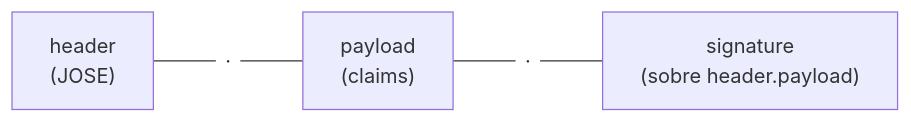
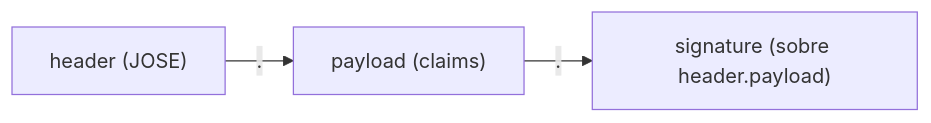
One commit to cesarschutz/cesarschutz.github.io changed the diagram in src/contents/posts/jwt-estrutura-e-campos.md. Above: the diagram before and after it, drawn with Mermaid. The commit also changed 10 other files, not shown here.

First line of the commit message:
Blinda diagramas Mermaid: remove <br> e nós invisíveis dos rótulos

````diff
--- a/src/contents/posts/jwt-estrutura-e-campos.md
+++ b/src/contents/posts/jwt-estrutura-e-campos.md
@@ -13,6 +13,4 @@
 ```mermaid
 flowchart LR
-  H["header<br>(JOSE)"] --- D1(("·")) --- P["payload<br>(claims)"] --- D2(("·")) --- S["signature<br>(sobre header.payload)"]
-  style D1 fill:none,stroke:none
-  style D2 fill:none,stroke:none
+  H["header (JOSE)"] -->|"."| P["payload (claims)"] -->|"."| S["signature (sobre header.payload)"]
 ```
````
